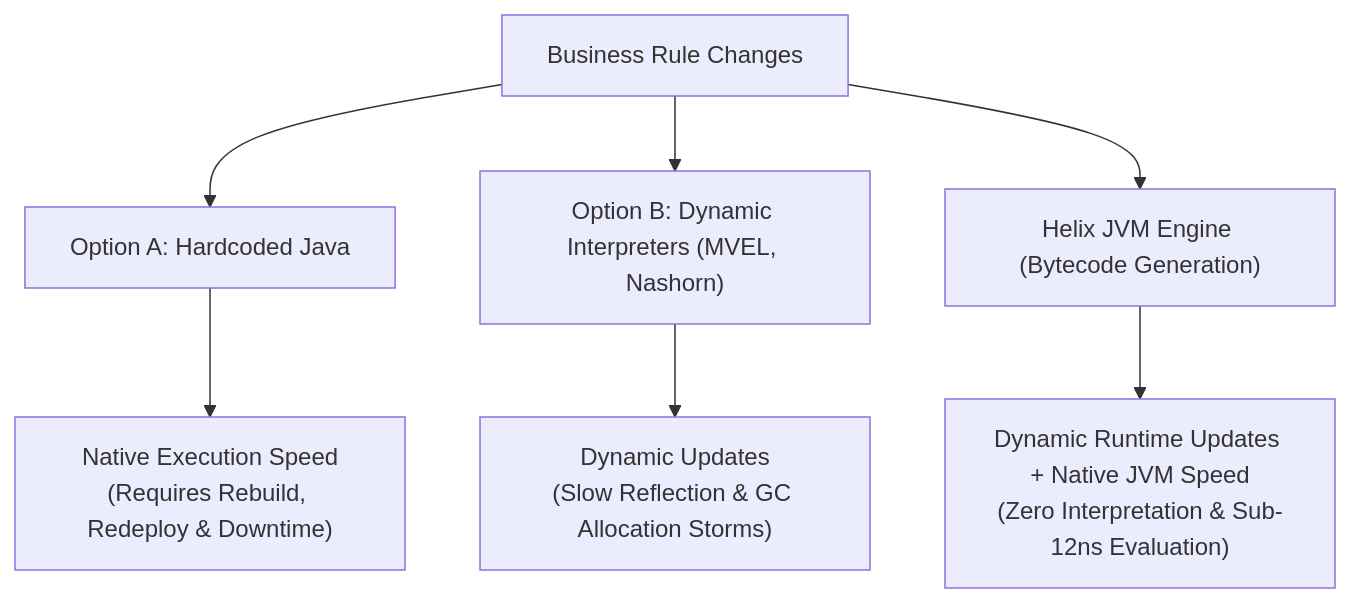
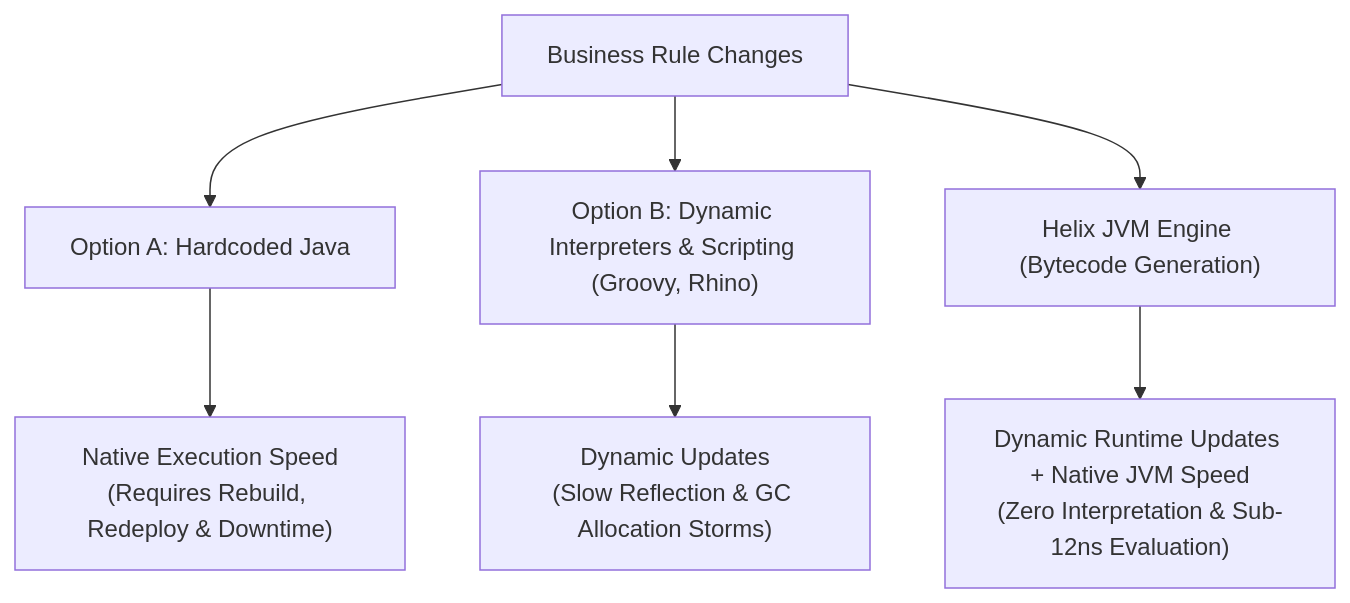
Before and after one commit to 7amo10/helix-jvm-engine: the first of 2 diagrams in website/docs/01-getting-started/01-introduction.md, drawn with Mermaid. The commit also changed other lines of this file and 14 other files, not shown here.

````diff
--- a/website/docs/01-getting-started/01-introduction.md
+++ b/website/docs/01-getting-started/01-introduction.md
@@ -22,12 +22,12 @@
 ```mermaid
 flowchart TD
     Req["Business Rule Changes"]
     
     Req --> OptA["Option A: Hardcoded Java"]
-    Req --> OptB["Option B: Dynamic Interpreters (MVEL, Nashorn)"]
+    Req --> OptB["Option B: Dynamic Interpreters & Scripting (Groovy, Rhino)"]
     Req --> Helix["Helix JVM Engine (Bytecode Generation)"]
     
     OptA --> A_Res["Native Execution Speed<br/>(Requires Rebuild, Redeploy & Downtime)"]
     OptB --> B_Res["Dynamic Updates<br/>(Slow Reflection & GC Allocation Storms)"]
     Helix --> H_Res["Dynamic Runtime Updates + Native JVM Speed<br/>(Zero Interpretation & Sub-12ns Evaluation)"]
 ```
````
